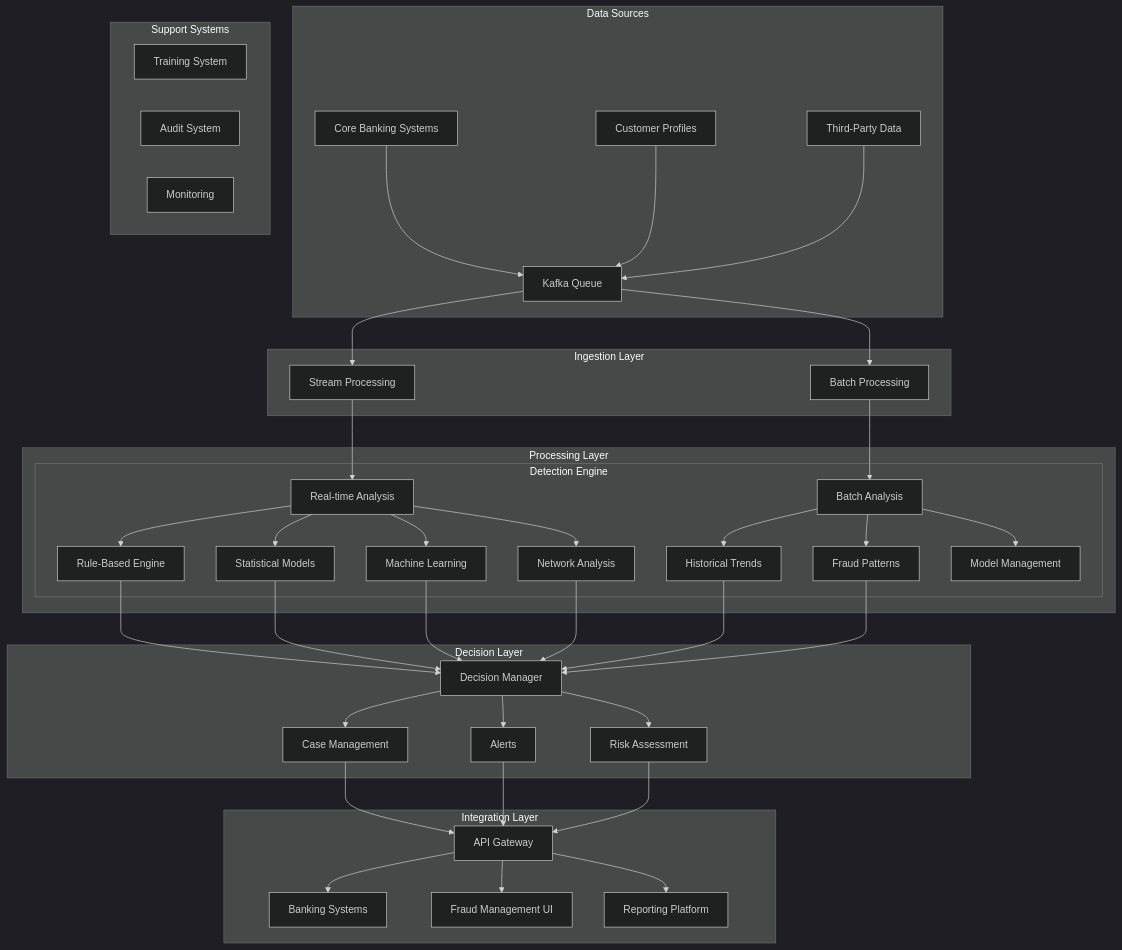
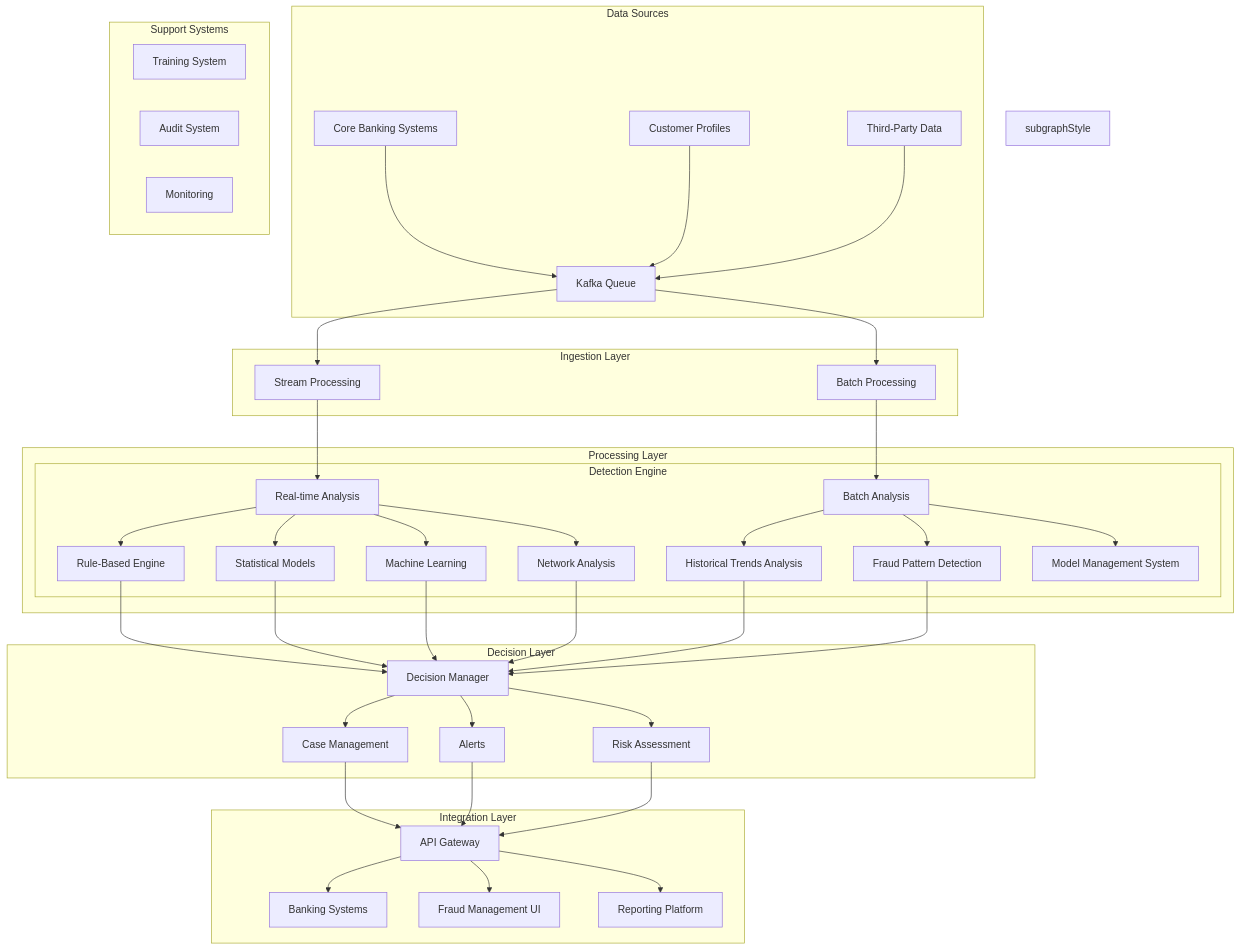
The first of 3 diagrams in README.md (bragabruno/fraud-detection), drawn with Mermaid before and after one commit. The commit also changed other lines of this file and 3 other files, not shown here.

Commit message:
Add architecture diagrams for fraud detection system using Mermaid

````diff
--- a/README.md
+++ b/README.md
@@ -9,12 +9,50 @@
 ```mermaid
-%%{init: {"theme": "dark", "background": "dark"}}%%
+---
+ init:
+  theme: dark,
+  background: #121212,
+  themeVariables:
+    primaryColor: #333333,
+    primaryTextColor: #dddddd,
+    primaryBorderColor: #444444,
+    lineColor: #999999,
+    secondaryColor: #222222,
+    tertiaryColor: #191919,
+    fontFamily: Arial,
+    mainBkg: #333333,
+    nodeBorder: #666666,
+    clusterBkg: #222222,
+    clusterBorder: #444444,
+    textColor: #dddddd,
+    fontSize: 16px,
+    titleColor: #dddddd,
+    edgeLabelBackground: #333333,
+    nodeTextColor: #dddddd,
+    noteBorderColor: #555555,
+    noteBkgColor: #333333,
+    fillColor: #333333,
+    altBackground: #222222,
+    secondBkg: #222222,
+    backgroundColor: #121212,
+    requirementBackground: #222222,
+    subGraphBackground: #222222
+  flowchart:
+    curve: basis,
+    useMaxWidth: false,
+    htmlLabels: true,
+    diagramPadding: 8
+  look: default,
+  layout: dagre
+---
 flowchart TD
+ classDef subgraphStyle fill:#222222,stroke:#444444,color:#dddddd
+ 
  subgraph "Data Sources"
  CBS[Core Banking Systems] --> KQ[Kafka Queue]
  CP[Customer Profiles] --> KQ
  TPD[Third-Party Data] --> KQ
  end
-
+ 
  subgraph "Ingestion Layer"
  KQ --> ST[Stream Processing]
  KQ --> BT[Batch Processing]
@@ -30,9 +68,9 @@
   RT --> ML[Machine Learning]
   RT --> NA[Network Analysis]
   
-  BA --> HT[Historical Trends]
-  BA --> FP[Fraud Patterns]
-  BA --> MM[Model Management]
+  BA --> HT[Historical Trends Analysis]
+  BA --> FP[Fraud Pattern Detection]
+  BA --> MM[Model Management System]
  end
  end
  
@@ -64,4 +102,12 @@
  AUD[Audit System]
  MON[Monitoring]
  end
+ 
+ class Data Sources; subgraphStyle
+ class Ingestion Layer; subgraphStyle
+ class Processing Layer; subgraphStyle
+ class Detection Engine; subgraphStyle
+ class Decision Layer; subgraphStyle
+ class Integration Layer; subgraphStyle
+ class Support Systems; subgraphStyle
 ```
````
